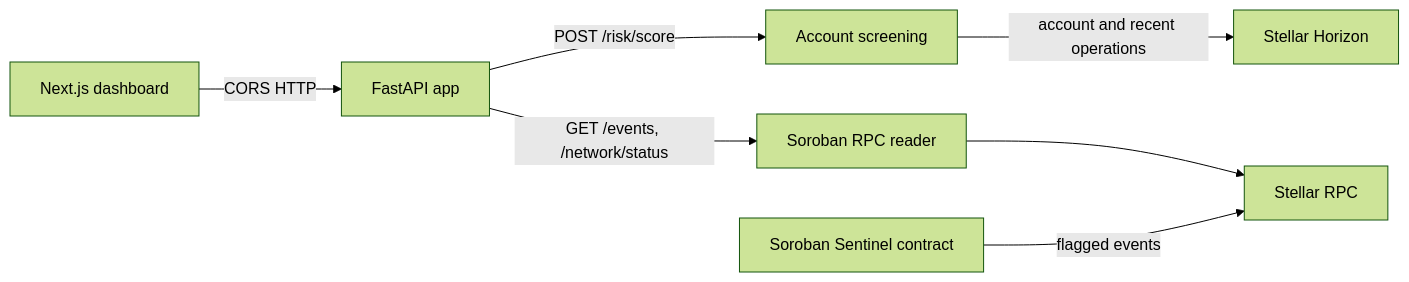
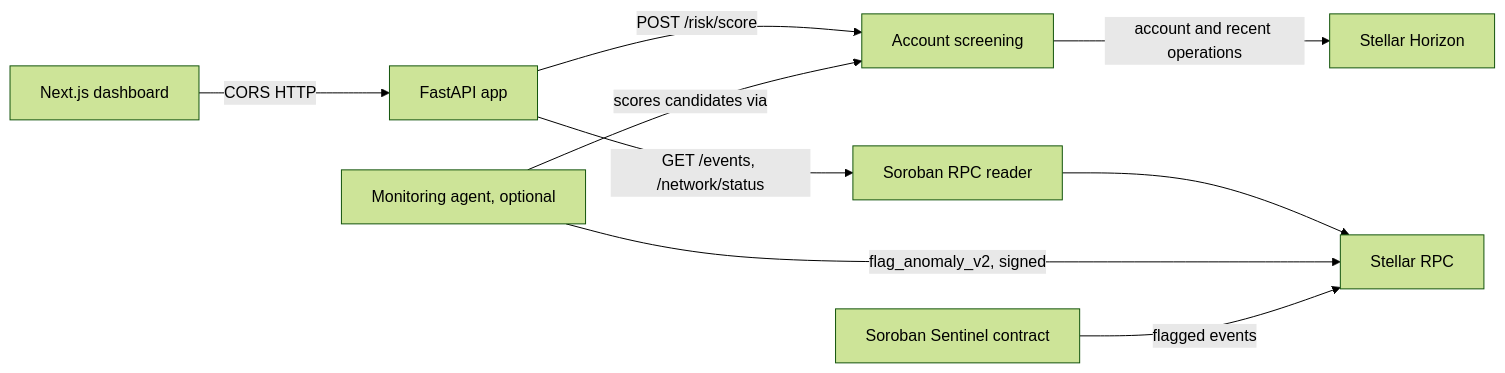
The diagram in README.md (Stellar-Sentinel/sentinel-backend), drawn with Mermaid (forest theme) before and after one commit. The commit also changed other lines of this file and 11 other files, not shown here.

````diff
--- a/README.md
+++ b/README.md
@@ -19,9 +19,11 @@
 ```mermaid
 flowchart LR
   Browser[Next.js dashboard] -->|CORS HTTP| API[FastAPI app]
   API -->|POST /risk/score| Score[Account screening]
   Score -->|account and recent operations| Horizon[Stellar Horizon]
   API -->|GET /events, /network/status| Reader[Soroban RPC reader]
   Reader --> RPC[Stellar RPC]
+  Agent[Monitoring agent, optional] -->|scores candidates via| Score
+  Agent -->|flag_anomaly_v2, signed| RPC
   Contract[Soroban Sentinel contract] -->|flagged events| RPC
 ```
````
